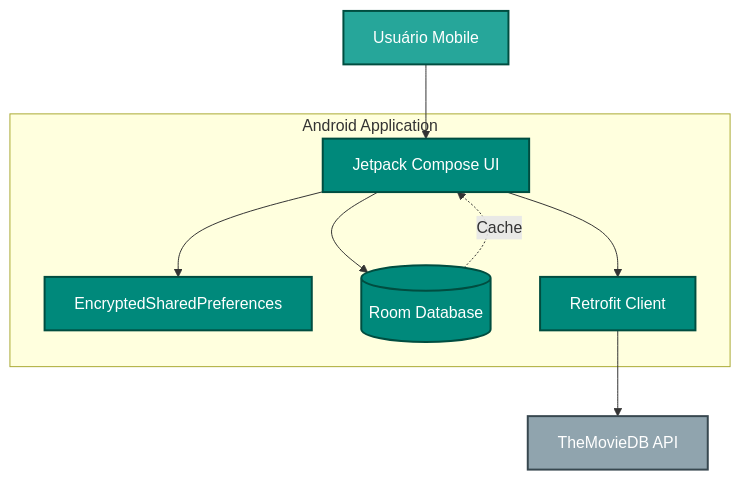
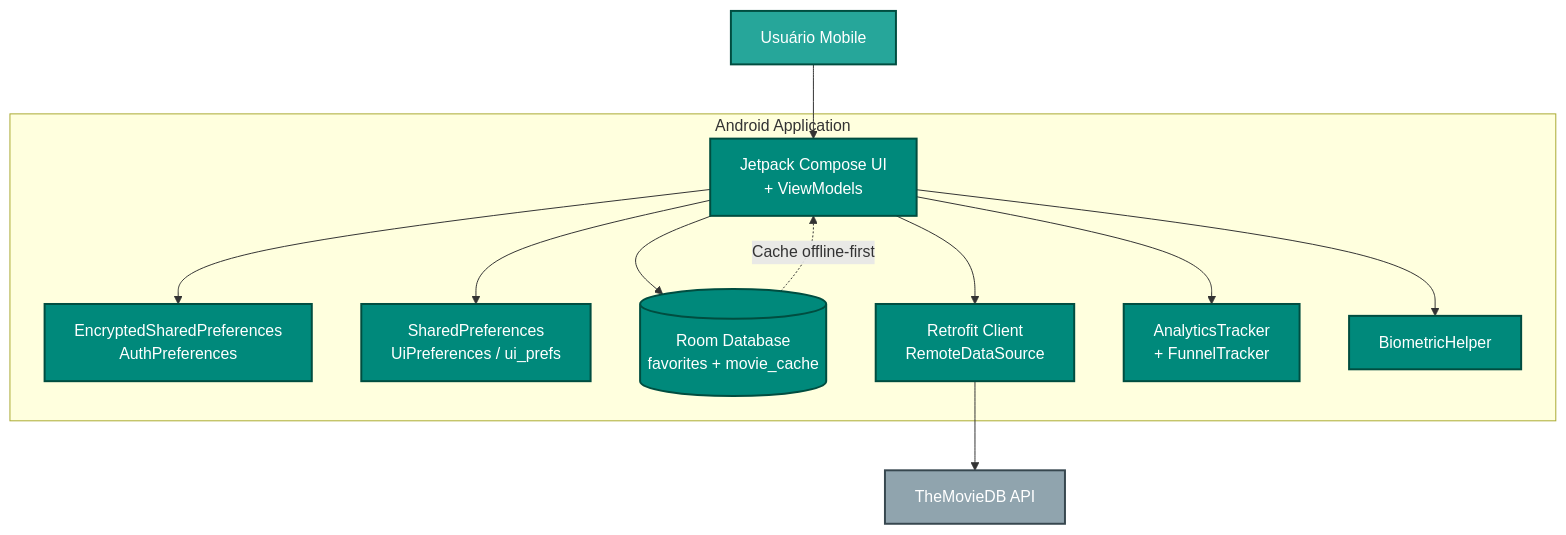
One commit to victorsantanaa/MovieFlux changed the seventh of 9 diagrams in docs/movie_flux_diagrams.md. Above: the diagram before and after it, drawn with Mermaid. The commit also changed other lines of this file, not shown here.

Commit message:
feat: update authentication flow diagrams and enhance data synchronization details

````diff
--- a/docs/movie_flux_diagrams.md
+++ b/docs/movie_flux_diagrams.md
@@ -185,28 +243,34 @@
 ```mermaid
 graph TD
     User[Usuário Mobile]
 
     subgraph App ["Android Application"]
-        UI[Jetpack Compose UI]
-        Storage[EncryptedSharedPreferences]
-        Database[(Room Database)]
-        Network[Retrofit Client]
+        UI[Jetpack Compose UI<br/>+ ViewModels]
+        Auth[EncryptedSharedPreferences<br/>AuthPreferences]
+        UiPrefs[SharedPreferences<br/>UiPreferences / ui_prefs]
+        Database[(Room Database<br/>favorites + movie_cache)]
+        Network[Retrofit Client<br/>RemoteDataSource]
+        Analytics[AnalyticsTracker<br/>+ FunnelTracker]
+        Biometric[BiometricHelper]
     end
 
     TMDB[TheMovieDB API]
 
     User --> UI
-    UI --> Storage
+    UI --> Auth
+    UI --> UiPrefs
     UI --> Network
     UI --> Database
+    UI --> Analytics
+    UI --> Biometric
     Network --> TMDB
-    Database -.->|Cache| UI
+    Database -.->|Cache offline-first| UI
 
     classDef person fill:#26A69A,stroke:#004D40,color:#FFFFFF,stroke-width:2px
     classDef container fill:#00897B,stroke:#004D40,color:#FFFFFF,stroke-width:2px
     classDef external fill:#90A4AE,stroke:#37474F,color:#FFFFFF,stroke-width:2px
 
     class User person
-    class UI,Storage,Database,Network container
+    class UI,Auth,UiPrefs,Database,Network,Analytics,Biometric container
     class TMDB external
 ```
````
